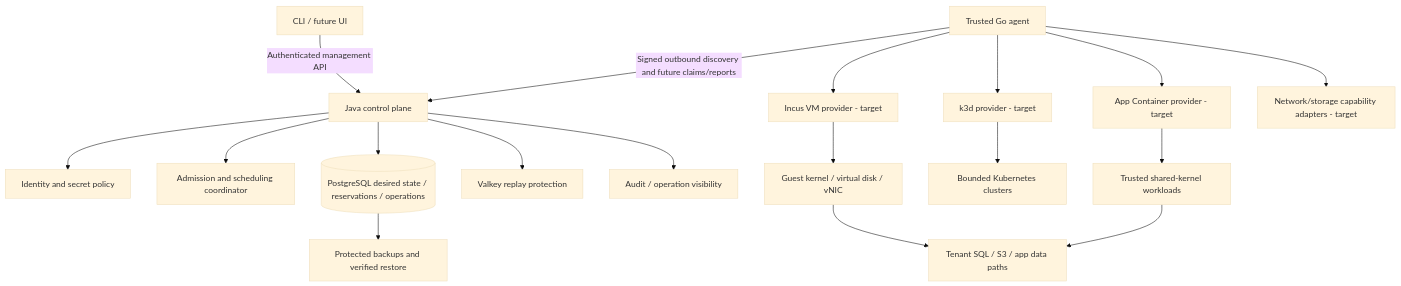
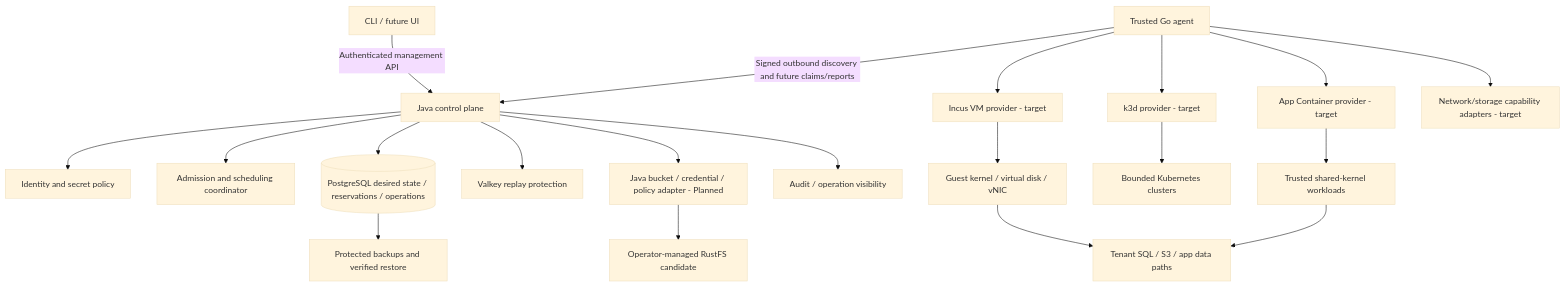
Before and after one commit to Ciago-Technologies/covestack-cloud: the diagram in docs/platform/architecture.md, drawn with Mermaid (base theme). The commit also changed other lines of this file and 59 other files, not shown here.

````diff
--- a/docs/platform/architecture.md
+++ b/docs/platform/architecture.md
@@ -22,20 +22,22 @@
 ```mermaid
 flowchart TB
     U[CLI / future UI] -->|Authenticated management API| C[Java control plane]
     C --> I[Identity and secret policy]
     C --> S[Admission and scheduling coordinator]
     C --> D[(PostgreSQL desired state / reservations / operations)]
     C --> R[Valkey replay protection]
     A[Trusted Go agent] -->|Signed outbound discovery and future claims/reports| C
     A --> V[Incus VM provider - target]
     A --> K[k3d provider - target]
     A --> T[App Container provider - target]
     A --> N[Network/storage capability adapters - target]
     V --> G[Guest kernel / virtual disk / vNIC]
     T --> P[Trusted shared-kernel workloads]
     K --> Q[Bounded Kubernetes clusters]
     G --> B[Tenant SQL / S3 / app data paths]
     P --> B
+    C --> RS[Java bucket / credential / policy adapter - Planned]
+    RS --> RF[Operator-managed RustFS candidate]
     C --> O[Audit / operation visibility]
     D --> BK[Protected backups and verified restore]
 ```
````
